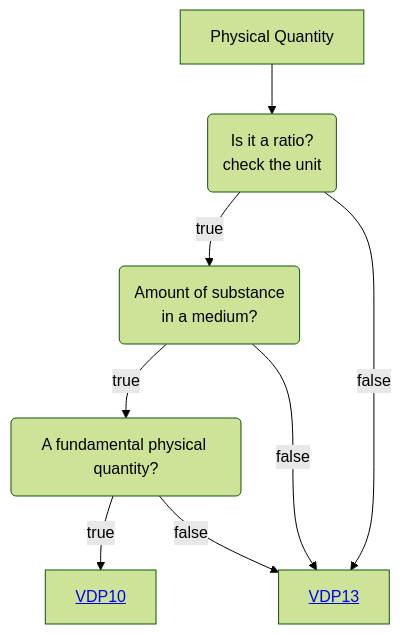
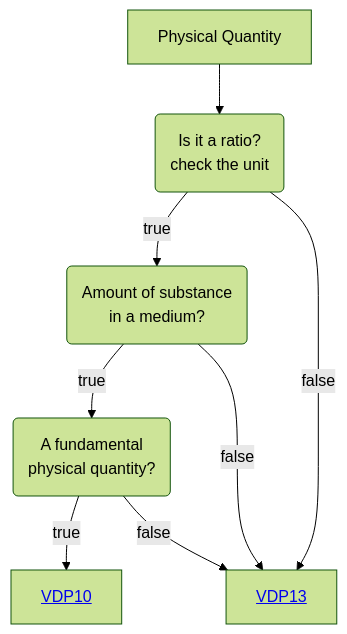
One commit to mabablue/I-ADOPT-patterns-playground changed the diagram in Decisition_trees/DT2.mmd. Above: the diagram before and after it, drawn with Mermaid (forest theme).

```diff
--- a/Decisition_trees/DT2.mmd
+++ b/Decisition_trees/DT2.mmd
@@ -1,8 +1,8 @@
 flowchart TD
     A[Physical Quantity] --> B(Is it a ratio?<br>check the unit)
     B --> |true|C(Amount of substance <br> in a medium?) 
     B --> |false|D[<a href='https://github.com/mabablue/I-ADOPT-patterns-playground/blob/main/pattern/VDP13.yaml'>VDP13</a>]
-    C --> |true|E(A fundamental physical quantity?)
+    C --> |true|E(A fundamental <br> physical quantity?)
     C --> |false|D
     E --> |true|F[<a href='https://github.com/mabablue/I-ADOPT-patterns-playground/blob/main/pattern/VDP10.yaml'>VDP10</a>]
     E --> |false|D
```
